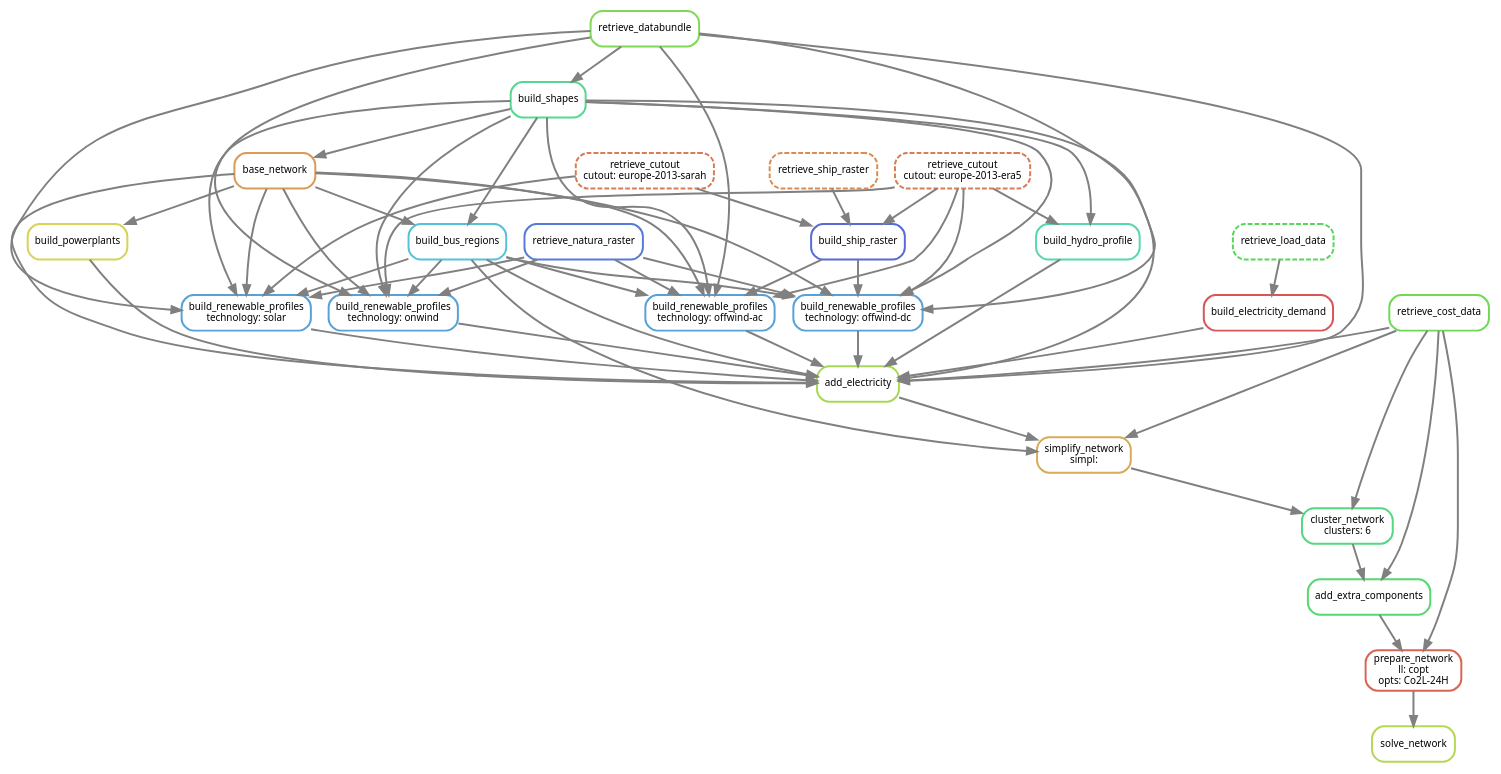
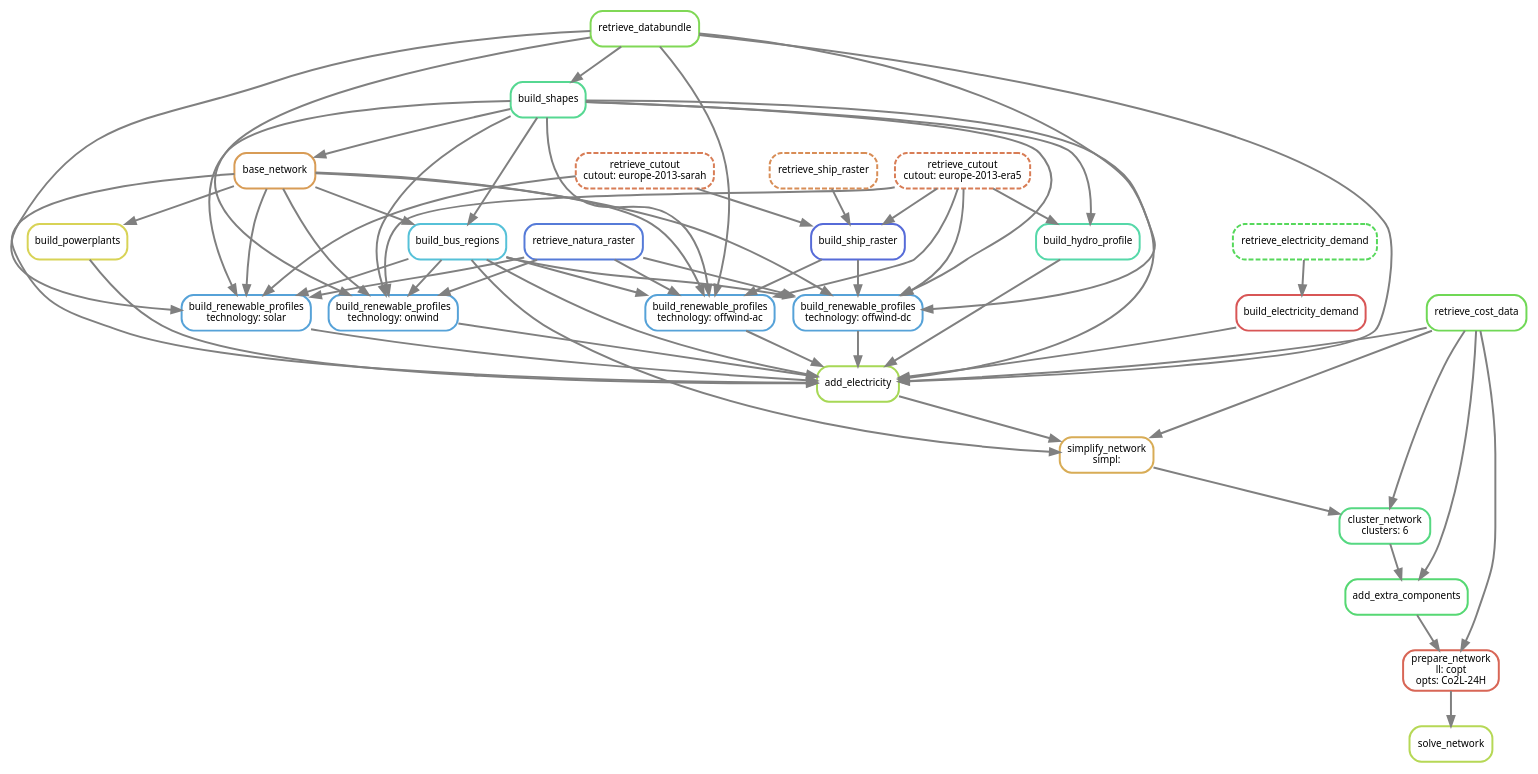
Before and after one commit to AGGM-AG/pypsa-at: the diagram in doc/tutorial.rst, drawn with Graphviz. The commit also changed 4 other files, not shown here.

Commit message:
retrieve.smk: rename retrieve_load_data -> retrieve_electricity_demand

```diff
--- a/doc/tutorial.rst
+++ b/doc/tutorial.rst
@@ -156,7 +156,7 @@
         20[label = "retrieve_cost_data", color = "0.30 0.6 0.85", style="rounded"];
         21[label = "build_powerplants", color = "0.16 0.6 0.85", style="rounded"];
         22[label = "build_electricity_demand", color = "0.00 0.6 0.85", style="rounded"];
-        23[label = "retrieve_load_data", color = "0.34 0.6 0.85", style="rounded,dashed"];
+        23[label = "retrieve_electricity_demand", color = "0.34 0.6 0.85", style="rounded,dashed"];
         1 -> 0
         2 -> 1
         20 -> 1
```
